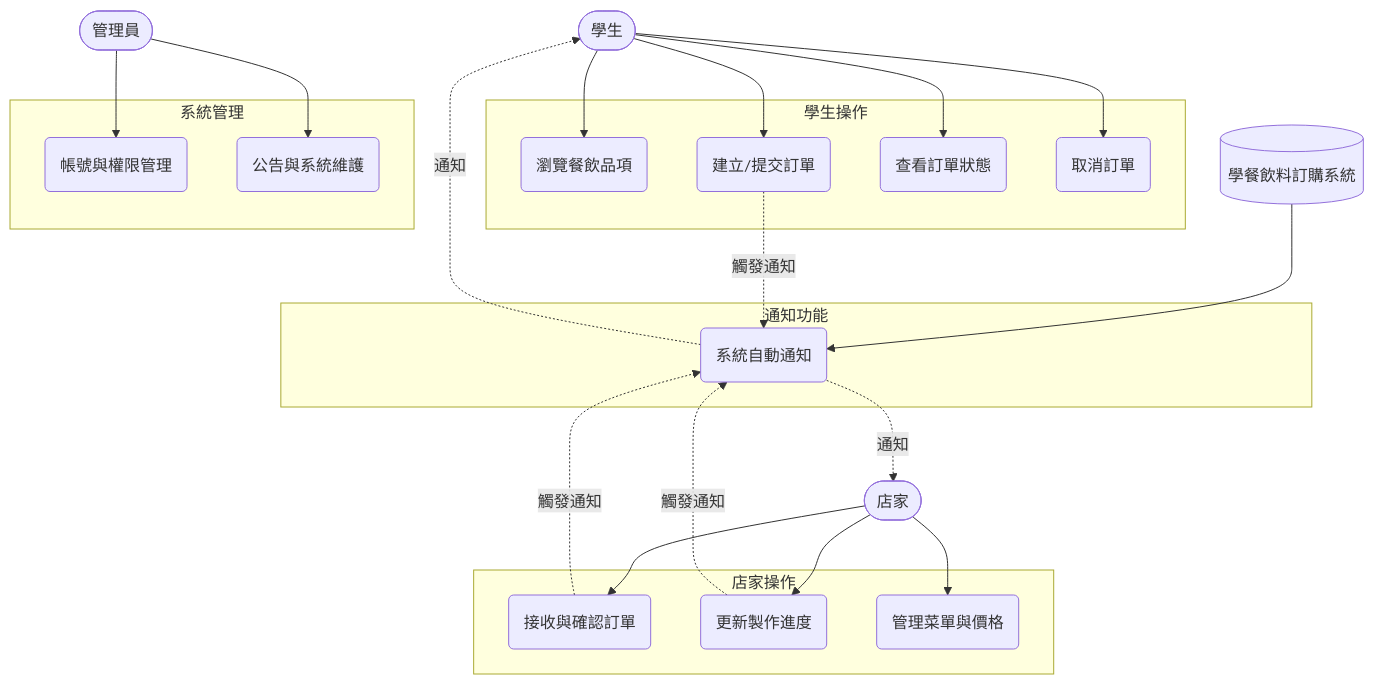
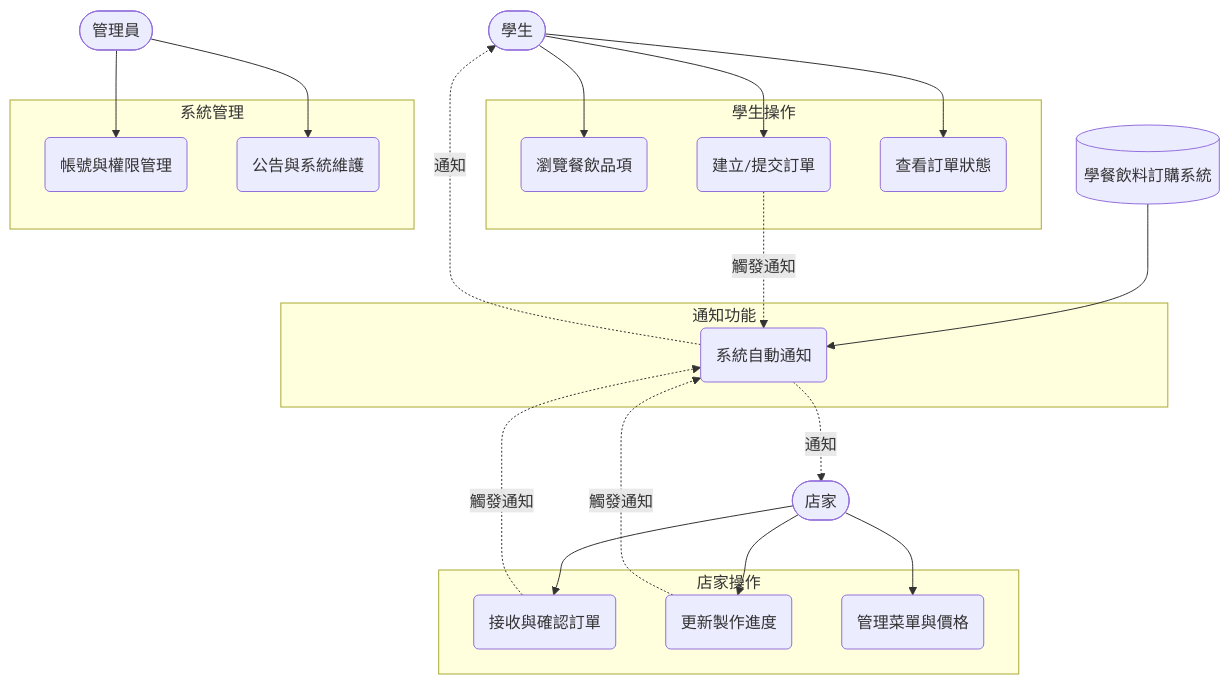
The diagram in hw3.md (Ling7100/hw-group), drawn with Mermaid before and after one commit.

````diff
--- a/hw3.md
+++ b/hw3.md
@@ -3,61 +3,56 @@
 ```mermaid
 %%{init: {'theme': 'default'}}%%
 graph TD
 
     %% 角色
     A([ 學生 ]):::actor
     B([ 店家 ]):::actor
     C([ 管理員 ]):::actor
     S[(學餐飲料訂購系統)]:::system
 
     %% 學生使用案例
     subgraph 學生操作
         UC1(瀏覽餐飲品項)
         UC2(建立/提交訂單)
         UC3(查看訂單狀態)
-        UC4(取消訂單)
     end
 
     %% 店家使用案例
     subgraph 店家操作
         UC5(接收與確認訂單)
         UC6(更新製作進度)
         UC7(管理菜單與價格)
     end
 
     %% 管理員使用案例
     subgraph 系統管理
         UC8(帳號與權限管理)
         UC9(公告與系統維護)
     end
 
     %% 通知功能
     subgraph 通知功能
         UC10(系統自動通知)
     end
 
     %% 角色關聯
     A --> UC1
     A --> UC2
     A --> UC3
-    A --> UC4
 
     B --> UC5
     B --> UC6
     B --> UC7
 
     C --> UC8
     C --> UC9
 
     S --> UC10
     UC10 -.通知.-> A
     UC10 -.通知.-> B
 
     %% Extend / include 關係
     UC2 -.觸發通知.-> UC10
     UC5 -.觸發通知.-> UC10
     UC6 -.觸發通知.-> UC10
-
-   
-
 ```
````
